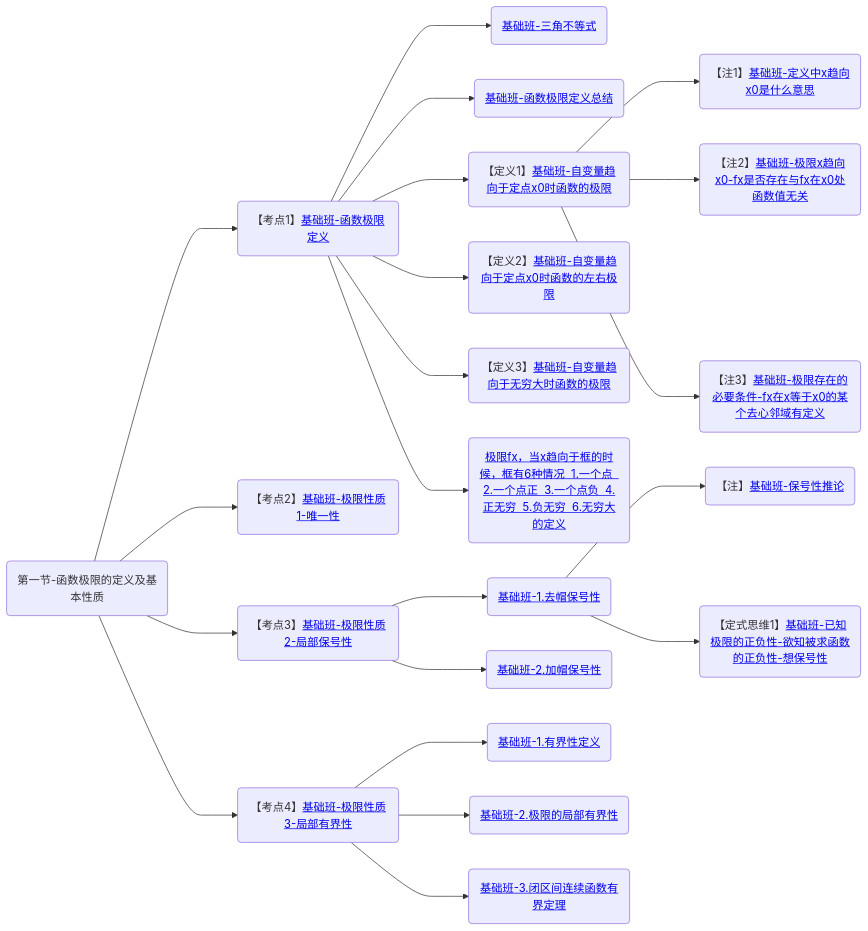
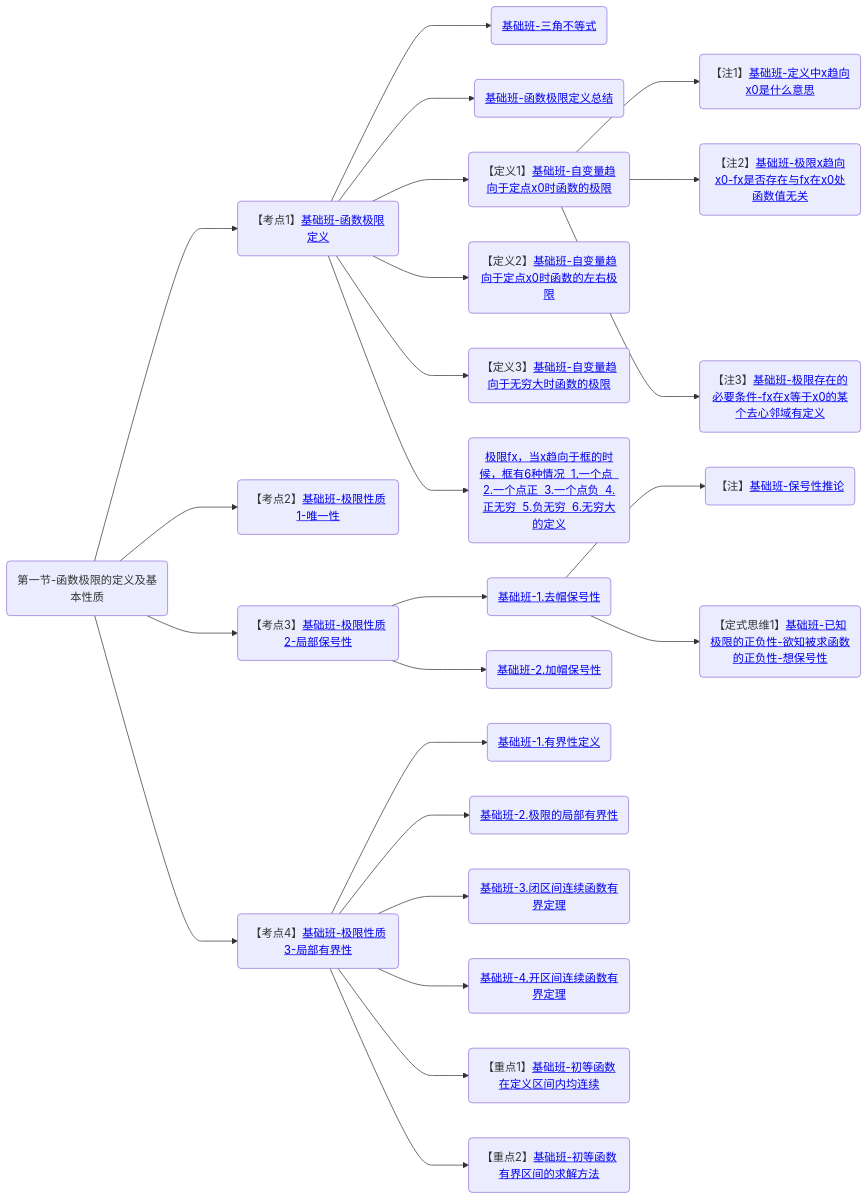
One commit to yuebinghui/note changed the diagram in 笔记/数学/周洋鑫/基础班/00.大纲.md. Above: the diagram before and after it, drawn with Mermaid. The commit also changed 4 other files, not shown here.

````diff
--- a/笔记/数学/周洋鑫/基础班/00.大纲.md
+++ b/笔记/数学/周洋鑫/基础班/00.大纲.md
@@ -1,30 +1,34 @@
 ```mermaid
 graph LR
 第一节-函数极限的定义及基本性质(第一节-函数极限的定义及基本性质)
 
 第一节-函数极限的定义及基本性质--->基础班-函数极限定义(【考点1】<a href="/Users/yuebinghui/Documents/program/github/note/笔记/数学/周洋鑫/基础班/01.函数极限的定义与性质-1.md#基础班-函数极限定义">基础班-函数极限定义</>)
 
 基础班-函数极限定义--->基础班-三角不等式(<a href="/Users/yuebinghui/Documents/program/github/note/笔记/数学/周洋鑫/基础班/01.函数极限的定义与性质-1.md#基础班-三角不等式">基础班-三角不等式</>)
 基础班-函数极限定义--->基础班-函数极限定义总结(<a href="/Users/yuebinghui/Documents/program/github/note/笔记/数学/周洋鑫/基础班/01.函数极限的定义与性质-1.md#基础班-函数极限定义总结">基础班-函数极限定义总结</>)
 基础班-函数极限定义--->基础班-自变量趋向于定点x0时函数的极限(【定义1】<a href="/Users/yuebinghui/Documents/program/github/note/笔记/数学/周洋鑫/基础班/01.函数极限的定义与性质-1.md#基础班-自变量趋向于定点x0时函数的极限">基础班-自变量趋向于定点x0时函数的极限</>)
 基础班-自变量趋向于定点x0时函数的极限--->基础班-定义中x趋向x0是什么意思(【注1】<a href="/Users/yuebinghui/Documents/program/github/note/笔记/数学/周洋鑫/基础班/01.函数极限的定义与性质-1.md#基础班-定义中x趋向x0是什么意思">基础班-定义中x趋向x0是什么意思</>)
 基础班-自变量趋向于定点x0时函数的极限--->基础班-极限x趋向x0-fx是否存在与fx在x0处函数值无关(【注2】<a href="/Users/yuebinghui/Documents/program/github/note/笔记/数学/周洋鑫/基础班/01.函数极限的定义与性质-1.md#基础班-极限x趋向x0-fx是否存在与fx在x0处函数值无关">基础班-极限x趋向x0-fx是否存在与fx在x0处函数值无关</>)
 基础班-自变量趋向于定点x0时函数的极限--->基础班-极限存在的必要条件-fx在x等于x0的某个去心邻域有定义(【注3】<a href="/Users/yuebinghui/Documents/program/github/note/笔记/数学/周洋鑫/基础班/01.函数极限的定义与性质-1.md#基础班-极限存在的必要条件-fx在x等于x0的某个去心邻域有定义">基础班-极限存在的必要条件-fx在x等于x0的某个去心邻域有定义</>)
 基础班-函数极限定义--->基础班-自变量趋向于定点x0时函数的左右极限(【定义2】<a href="/Users/yuebinghui/Documents/program/github/note/笔记/数学/周洋鑫/基础班/01.函数极限的定义与性质-1.md#基础班-自变量趋向于定点x0时函数的左右极限">基础班-自变量趋向于定点x0时函数的左右极限</>)
 基础班-函数极限定义--->基础班-自变量趋向于无穷大时函数的极限(【定义3】<a href="/Users/yuebinghui/Documents/program/github/note/笔记/数学/周洋鑫/基础班/01.函数极限的定义与性质-1.md#基础班-自变量趋向于无穷大时函数的极限">基础班-自变量趋向于无穷大时函数的极限</>)
 基础班-函数极限定义--->基础班-极限fx-x趋向于框的时候框有6种情况1.一个点2.一个点正3.一个点负4.正无穷5.负无穷6.无穷大的定义(<a href="/Users/yuebinghui/Documents/program/github/note/笔记/数学/周洋鑫/基础班/01.函数极限的定义与性质-1.md#基础班-极限fx-x趋向于框的时候框有6种情况1.一个点2.一个点正3.一个点负4.正无穷5.负无穷6.无穷大的定义">极限fx，当x趋向于框的时候，框有6种情况  1.一个点  2.一个点正  3.一个点负  4.正无穷  5.负无穷  6.无穷大的定义</>)
 
 第一节-函数极限的定义及基本性质--->基础班-极限性质1-唯一性(【考点2】<a href="/Users/yuebinghui/Documents/program/github/note/笔记/数学/周洋鑫/基础班/01.函数极限的定义与性质-1.md#基础班-极限性质1-唯一性">基础班-极限性质1-唯一性</>)
 
 第一节-函数极限的定义及基本性质--->基础班-极限性质2-局部保号性(【考点3】<a href="/Users/yuebinghui/Documents/program/github/note/笔记/数学/周洋鑫/基础班/01.函数极限的定义与性质-1.md#基础班-极限性质2-局部保号性">基础班-极限性质2-局部保号性</>)
 基础班-极限性质2-局部保号性--->基础班-1.去帽保号性(<a href="/Users/yuebinghui/Documents/program/github/note/笔记/数学/周洋鑫/基础班/01.函数极限的定义与性质-1.md#基础班-1.去帽保号性">基础班-1.去帽保号性</>)
 基础班-1.去帽保号性--->基础班-保号性推论(【注】<a href="/Users/yuebinghui/Documents/program/github/note/笔记/数学/周洋鑫/基础班/01.函数极限的定义与性质-1.md#基础班-保号性推论">基础班-保号性推论</>)
 基础班-1.去帽保号性--->基础班-已知极限的正负性-欲知被求函数的正负性-想保号性(【定式思维1】<a href="/Users/yuebinghui/Documents/program/github/note/笔记/数学/周洋鑫/基础班/01.函数极限的定义与性质-1.md#基础班-已知极限的正负性-欲知被求函数的正负性-想保号性">基础班-已知极限的正负性-欲知被求函数的正负性-想保号性</>)
 基础班-极限性质2-局部保号性--->基础班-加帽保号性(<a href="/Users/yuebinghui/Documents/program/github/note/笔记/数学/周洋鑫/基础班/01.函数极限的定义与性质-1.md#基础班-加帽保号性">基础班-2.加帽保号性</>)
 
 第一节-函数极限的定义及基本性质--->基础班-极限性质3-局部有界性(【考点4】<a href="/Users/yuebinghui/Documents/program/github/note/笔记/数学/周洋鑫/基础班/01.函数极限的定义与性质-1.md#基础班-极限性质3-局部有界性">基础班-极限性质3-局部有界性</>)
 基础班-极限性质3-局部有界性--->基础班-1.有界性定义(<a href="/Users/yuebinghui/Documents/program/github/note/笔记/数学/周洋鑫/基础班/01.函数极限的定义与性质-1.md#基础班-1.有界性定义">基础班-1.有界性定义</>)
 基础班-极限性质3-局部有界性--->基础班-2.极限的局部有界性(<a href="/Users/yuebinghui/Documents/program/github/note/笔记/数学/周洋鑫/基础班/01.函数极限的定义与性质-1.md#基础班-2.极限的局部有界性">基础班-2.极限的局部有界性</>)
 基础班-极限性质3-局部有界性--->基础班-3.闭区间连续函数有界定理(<a href="/Users/yuebinghui/Documents/program/github/note/笔记/数学/周洋鑫/基础班/01.函数极限的定义与性质-1.md#基础班-3.闭区间连续函数有界定理">基础班-3.闭区间连续函数有界定理</>)
+基础班-极限性质3-局部有界性--->基础班-4.开区间连续函数有界定理(<a href="/Users/yuebinghui/Documents/program/github/note/笔记/数学/周洋鑫/基础班/01.函数极限的定义与性质-1.md#基础班-4.开区间连续函数有界定理">基础班-4.开区间连续函数有界定理</>)
+
+基础班-极限性质3-局部有界性--->基础班-初等函数在定义区间内均连续(【重点1】<a href="/Users/yuebinghui/Documents/program/github/note/笔记/数学/周洋鑫/基础班/01.函数极限的定义与性质-1.md#基础班-初等函数在定义区间内均连续">基础班-初等函数在定义区间内均连续</>)
+基础班-极限性质3-局部有界性--->基础班-初等函数有界区间的求解方法(【重点2】<a href="/Users/yuebinghui/Documents/program/github/note/笔记/数学/周洋鑫/基础班/01.函数极限的定义与性质-1.md#基础班-初等函数有界区间的求解方法">基础班-初等函数有界区间的求解方法</>)
 
 ```
````
